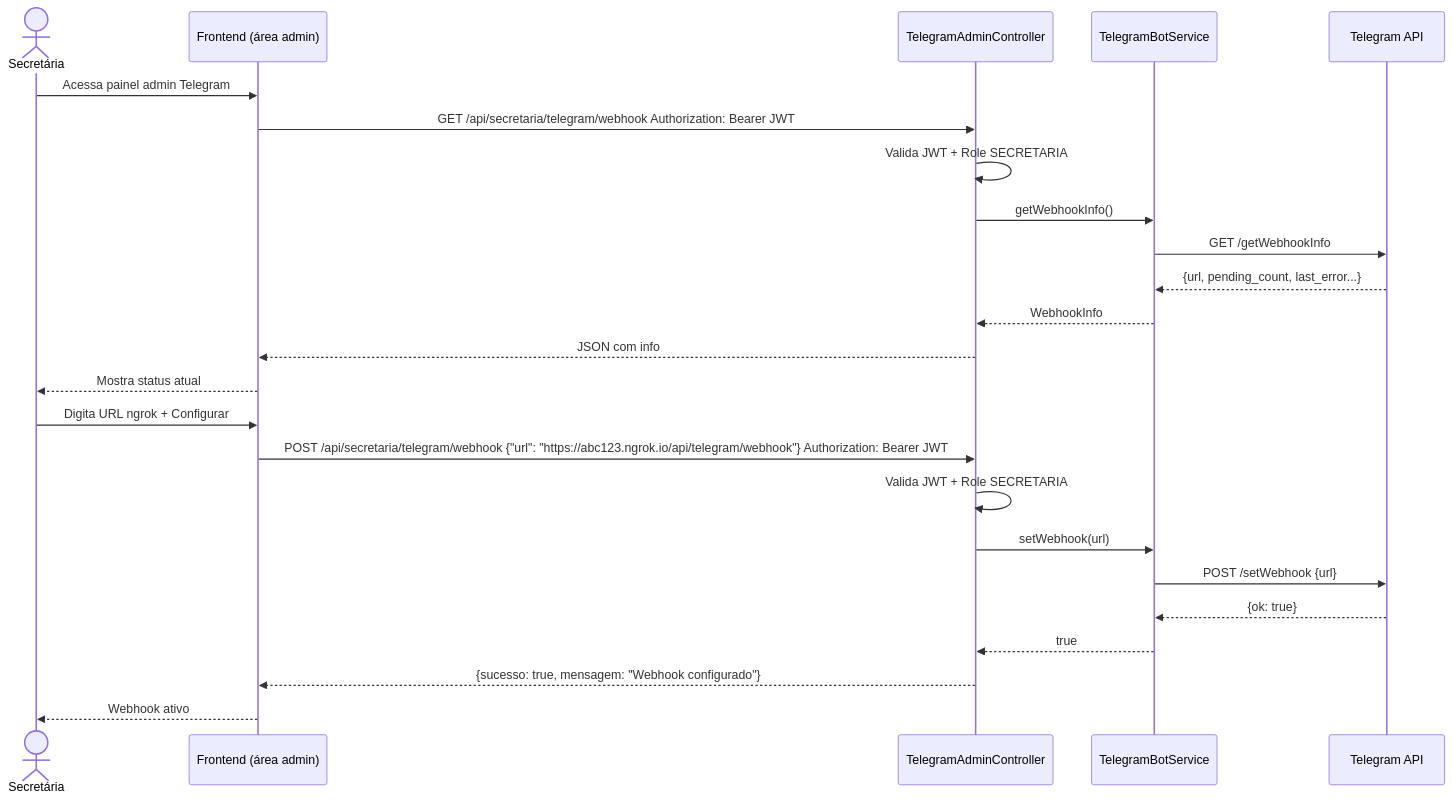
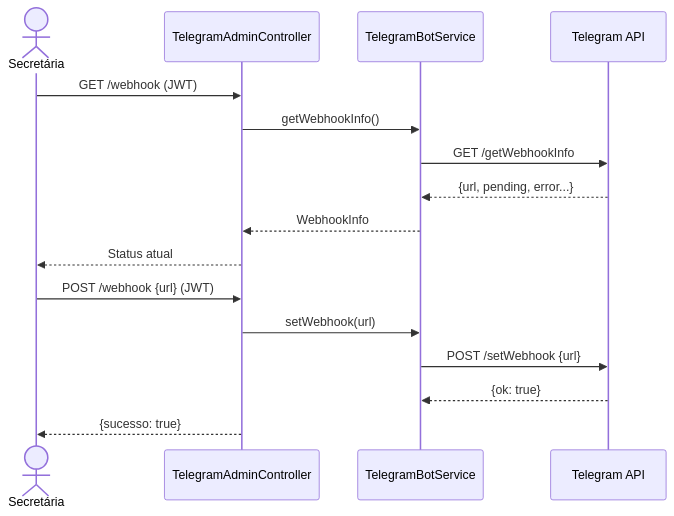
One commit to guilhermeromanholo/nixdots changed the fourth of 8 diagrams in TEST.md. Above: the diagram before and after it, drawn with Mermaid. The commit also changed other lines of this file, not shown here.

````diff
--- a/TEST.md
+++ b/TEST.md
@@ -108,28 +108,20 @@
 ```mermaid
 sequenceDiagram
     actor Sec as Secretária
-    participant Front as Frontend (área admin)
     participant Adm as TelegramAdminController
     participant TBS as TelegramBotService
     participant TG as Telegram API
 
-    Sec->>Front: Acessa painel admin Telegram
-    Front->>Adm: GET /api/secretaria/telegram/webhook Authorization: Bearer JWT
-    Adm->>Adm: Valida JWT + Role SECRETARIA
+    Sec->>Adm: GET /webhook (JWT)
     Adm->>TBS: getWebhookInfo()
     TBS->>TG: GET /getWebhookInfo
-    TG-->>TBS: {url, pending_count, last_error...}
+    TG-->>TBS: {url, pending, error...}
     TBS-->>Adm: WebhookInfo
-    Adm-->>Front: JSON com info
-    Front-->>Sec: Mostra status atual
+    Adm-->>Sec: Status atual
 
-    Sec->>Front: Digita URL ngrok + Configurar
-    Front->>Adm: POST /api/secretaria/telegram/webhook {"url": "https://abc123.ngrok.io/api/telegram/webhook"} Authorization: Bearer JWT
-    Adm->>Adm: Valida JWT + Role SECRETARIA
+    Sec->>Adm: POST /webhook {url} (JWT)
     Adm->>TBS: setWebhook(url)
     TBS->>TG: POST /setWebhook {url}
     TG-->>TBS: {ok: true}
-    TBS-->>Adm: true
-    Adm-->>Front: {sucesso: true, mensagem: "Webhook configurado"}
-    Front-->>Sec: Webhook ativo
+    Adm-->>Sec: {sucesso: true}
 ```
````
